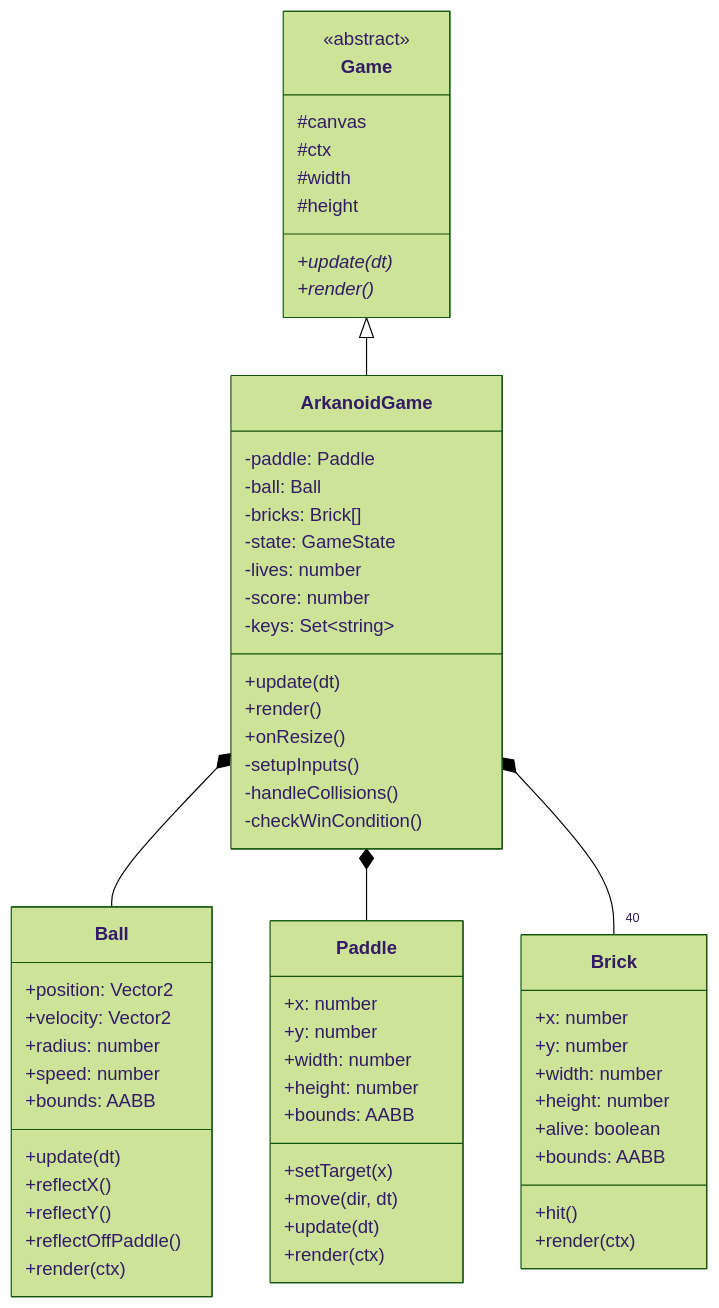
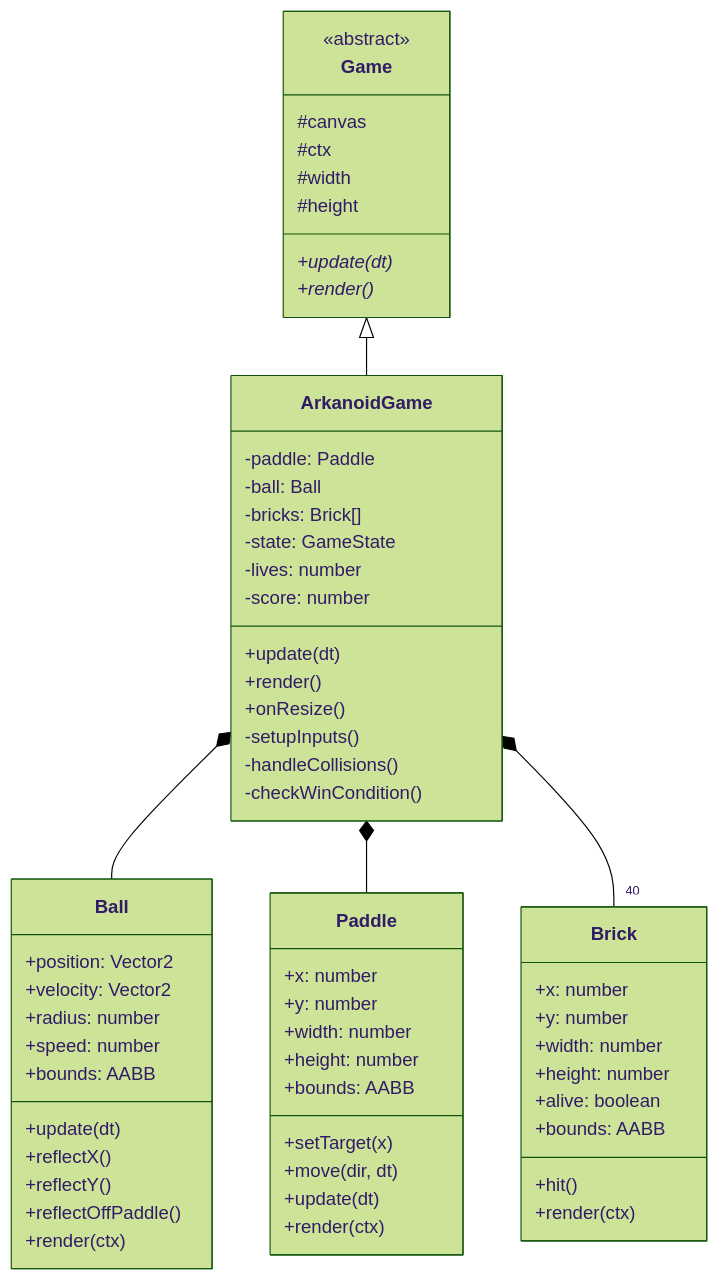
Before and after one commit to bogdancoronado/canvas_game_scaffolding: the first of 8 diagrams in game-scaffold/docs/arkanoid_design.md, drawn with Mermaid (forest theme). The commit also changed other lines of this file and 6 other files, not shown here.

````diff
--- a/game-scaffold/docs/arkanoid_design.md
+++ b/game-scaffold/docs/arkanoid_design.md
@@ -74,69 +74,68 @@
 ```mermaid
 classDiagram
     class Game {
         <<abstract>>
         #canvas
         #ctx
         #width
         #height
         +update(dt)*
         +render()*
     }
 
     class ArkanoidGame {
         -paddle: Paddle
         -ball: Ball
         -bricks: Brick[]
         -state: GameState
         -lives: number
         -score: number
-        -keys: Set~string~
         +update(dt)
         +render()
         +onResize()
         -setupInputs()
         -handleCollisions()
         -checkWinCondition()
     }
 
     class Ball {
         +position: Vector2
         +velocity: Vector2
         +radius: number
         +speed: number
         +bounds: AABB
         +update(dt)
         +reflectX()
         +reflectY()
         +reflectOffPaddle()
         +render(ctx)
     }
 
     class Paddle {
         +x: number
         +y: number
         +width: number
         +height: number
         +bounds: AABB
         +setTarget(x)
         +move(dir, dt)
         +update(dt)
         +render(ctx)
     }
 
     class Brick {
         +x: number
         +y: number
         +width: number
         +height: number
         +alive: boolean
         +bounds: AABB
         +hit()
         +render(ctx)
     }
 
     Game <|-- ArkanoidGame
     ArkanoidGame *-- Ball
     ArkanoidGame *-- Paddle
     ArkanoidGame *-- "40" Brick
 ```
````
